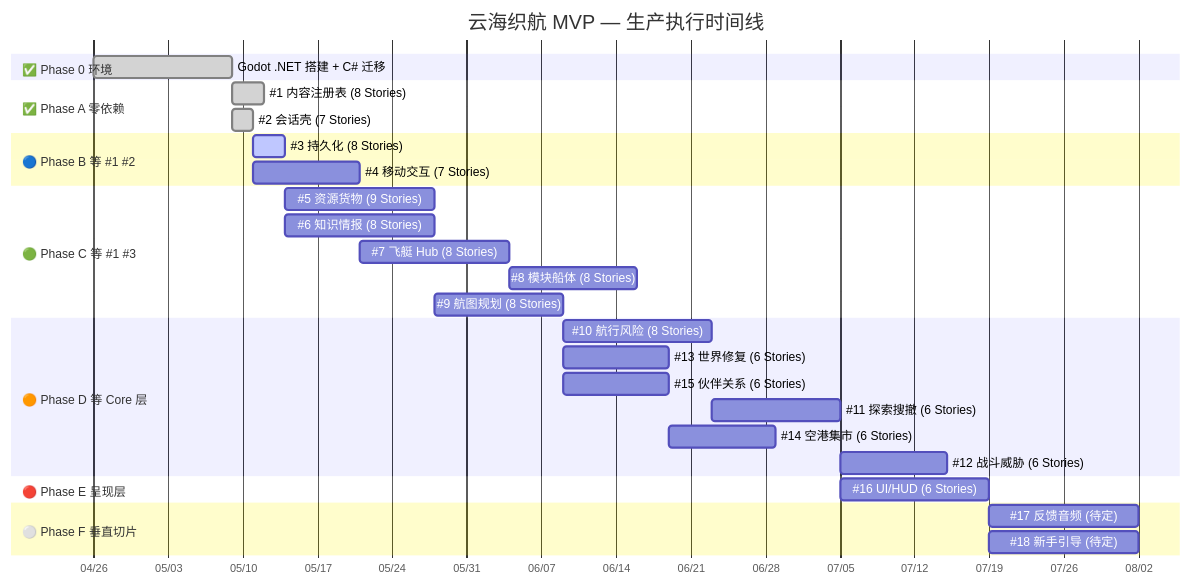
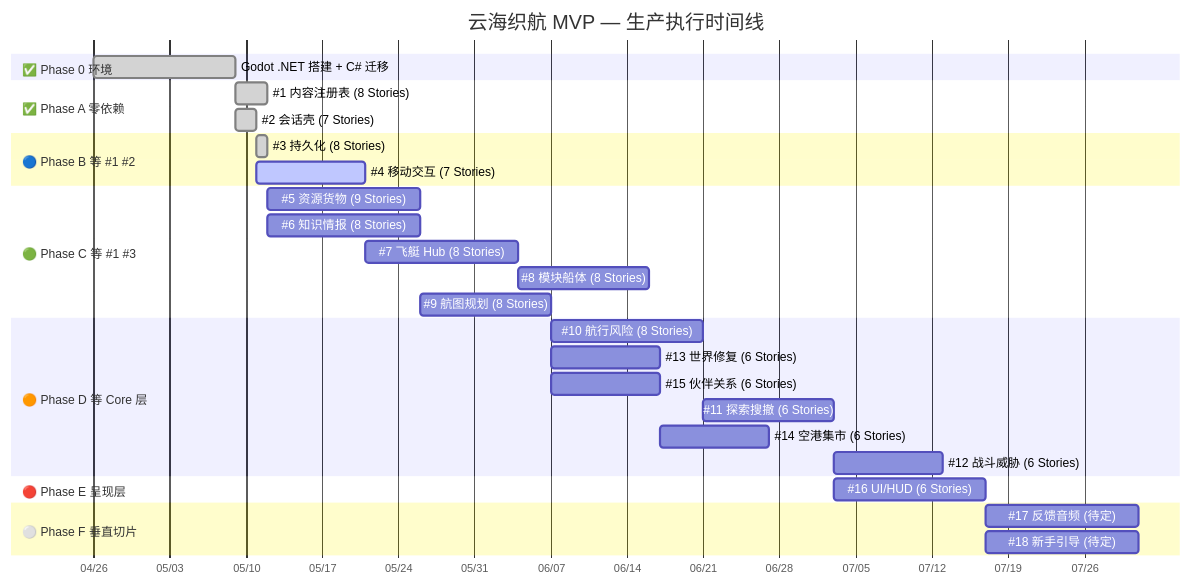
Before and after one commit to lieinsay/Claude-Code-Game-Studios: the first of 3 diagrams in docs/reference/production-flowchart.md, drawn with Mermaid. The commit also changed other lines of this file and 2 other files, not shown here.

````diff
--- a/docs/reference/production-flowchart.md
+++ b/docs/reference/production-flowchart.md
@@ -13,39 +13,39 @@
 ```mermaid
 gantt
     title 云海织航 MVP — 生产执行时间线
     dateFormat YYYY-MM-DD
     axisFormat %m/%d
 
     section ✅ Phase 0 环境
     Godot .NET 搭建 + C# 迁移   :done,    p0, 2026-04-26, 2026-05-09
 
     section ✅ Phase A 零依赖
     #1 内容注册表 (8 Stories)    :done,    p1a, 2026-05-09, 2026-05-12
     #2 会话壳     (7 Stories)    :done,    p1b, 2026-05-09, 2026-05-11
 
     section 🔵 Phase B 等 #1 #2
-    #3 持久化     (8 Stories)    :active,  p2a, 2026-05-11, 2026-05-14
-    #4 移动交互   (7 Stories)    :         p2b, after p1b, 10d
+    #3 持久化     (8 Stories)    :done,    p2a, 2026-05-11, 2026-05-12
+    #4 移动交互   (7 Stories)    :active,  p2b, after p1b, 10d
 
     section 🟢 Phase C 等 #1 #3
     #5 资源货物   (9 Stories)    :         p3a, after p2a, 14d
     #6 知识情报   (8 Stories)    :         p3b, after p2a, 14d
     #7 飞艇 Hub   (8 Stories)    :         p3c, after p2b, 14d
     #8 模块船体   (8 Stories)    :         p3d, after p3c, 12d
     #9 航图规划   (8 Stories)    :         p3e, after p3b, 12d
 
     section 🟠 Phase D 等 Core 层
     #10 航行风险  (8 Stories)    :         p4a, after p3e, 14d
     #13 世界修复  (6 Stories)    :         p4b, after p3e, 10d
     #15 伙伴关系  (6 Stories)    :         p4c, after p3e, 10d
     #11 探索搜撤  (6 Stories)    :         p4d, after p4a, 12d
     #14 空港集市  (6 Stories)    :         p4e, after p4b, 10d
     #12 战斗威胁  (6 Stories)    :         p4f, after p4d, 10d
 
     section 🔴 Phase E 呈现层
     #16 UI/HUD    (6 Stories)    :         p5a, after p4d, 14d
 
     section ⚪ Phase F 垂直切片
     #17 反馈音频  (待定)         :         p6a, after p5a, 14d
     #18 新手引导  (待定)         :         p6b, after p5a, 14d
 ```
````
